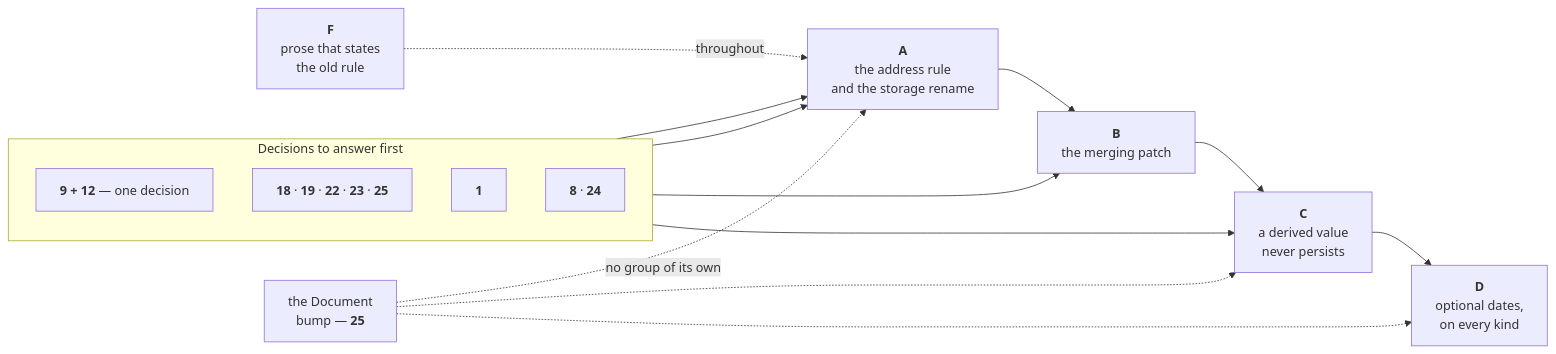
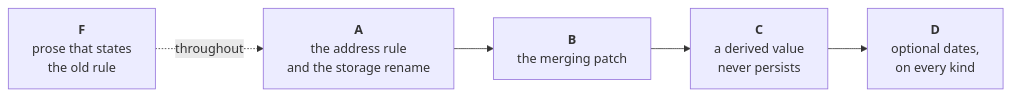
Before and after one commit to freegantt/freegantt: the diagram in plans/adr-0011-field-redesign/work-plan.md, drawn with Mermaid. The commit also changed other lines of this file and 6 other files, not shown here.

````diff
--- a/plans/adr-0011-field-redesign/work-plan.md
+++ b/plans/adr-0011-field-redesign/work-plan.md
@@ -9,19 +9,5 @@
 ```mermaid
 flowchart LR
-  subgraph gates["Decisions to answer first"]
-    direction TB
-    g1["<b>9 + 12</b> — one decision"]
-    g2["<b>18</b> · <b>19</b> · <b>22</b> · <b>23</b> · <b>25</b>"]
-    g3["<b>1</b>"]
-    g4["<b>8</b> · <b>24</b>"]
-  end
-  g1 --> A
-  g2 --> A
-  g3 --> B
-  g4 --> C
   A["<b>A</b><br/>the address rule<br/>and the storage rename"] --> B["<b>B</b><br/>the merging patch"] --> C["<b>C</b><br/>a derived value<br/>never persists"] --> D["<b>D</b><br/>optional dates,<br/>on every kind"]
   F["<b>F</b><br/>prose that states<br/>the old rule"] -.->|"throughout"| A
-  E["the Document<br/>bump — <b>25</b>"] -.->|"no group of its own"| A
-  E -.-> C
-  E -.-> D
 ```
````
